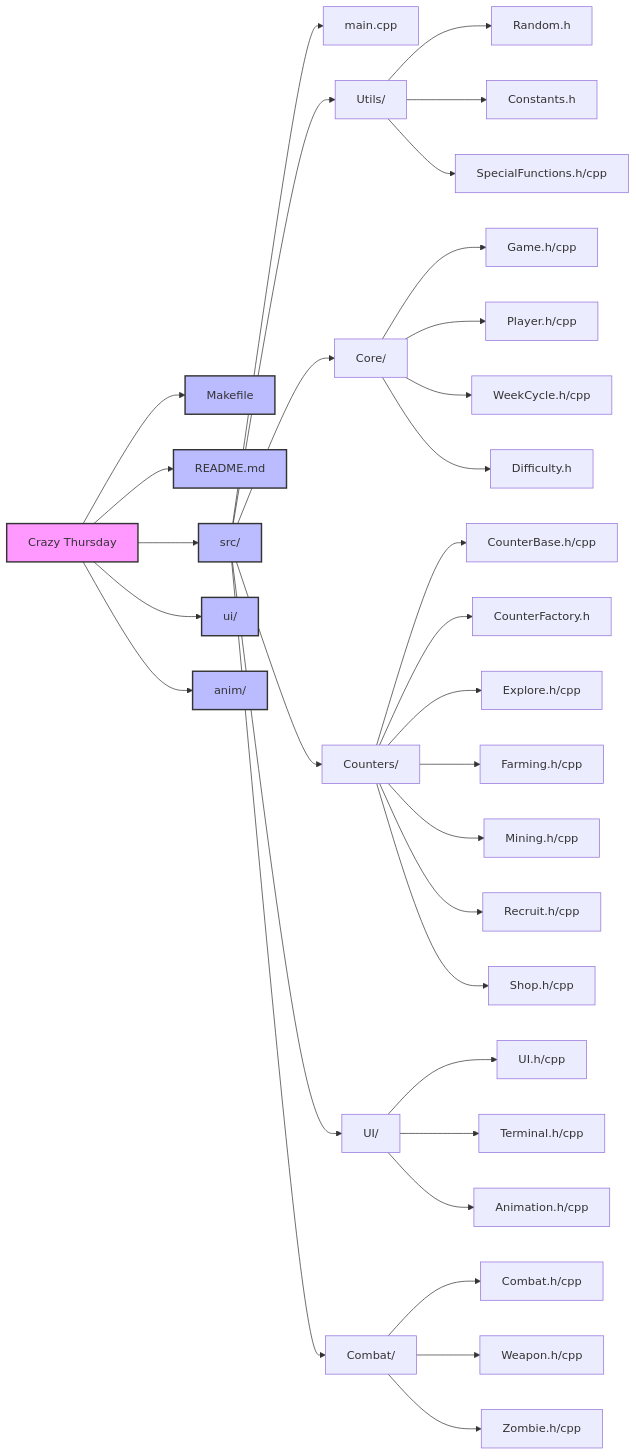
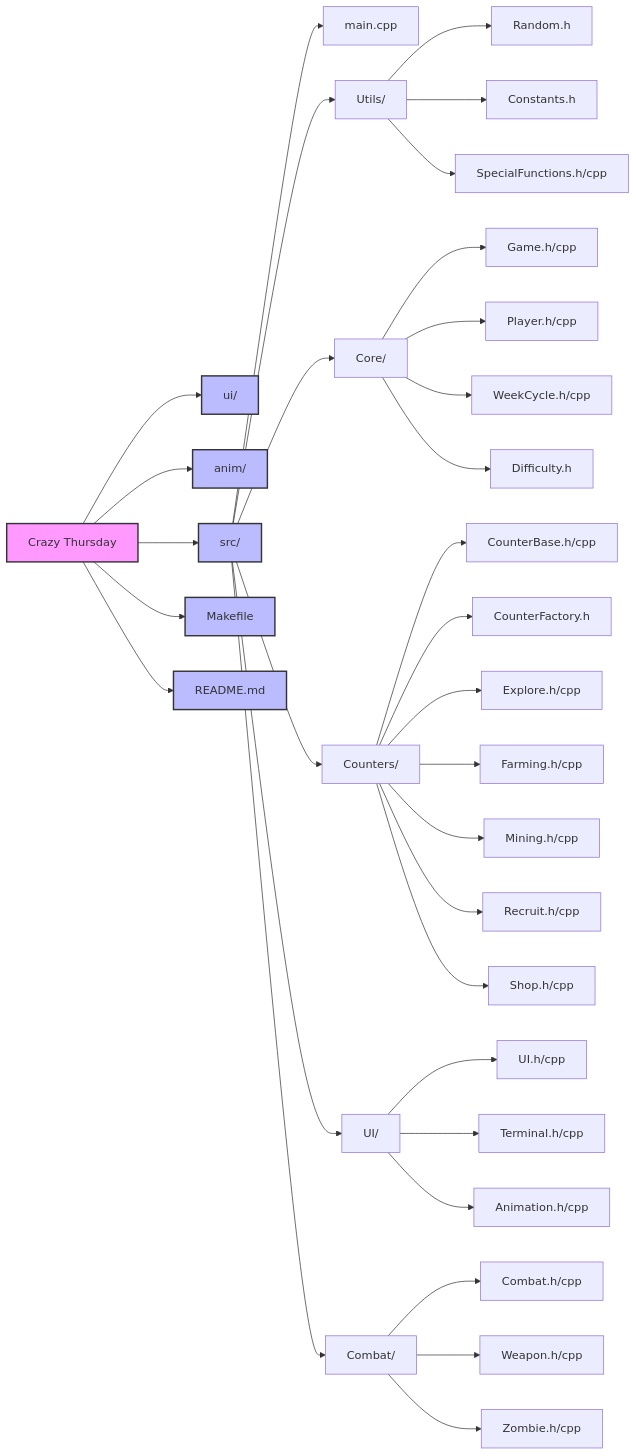
One commit to sh0redry/ENGG1340-COMP2113-GP changed the first of 2 diagrams in README.md. Above: the diagram before and after it, drawn with Mermaid. The commit also changed other lines of this file, not shown here.

Commit message:
Update README.md: Rearrange file structure for improved clarity and add a new section on data flow, detailing interactions between game components to enhance understanding of game mechanics.

````diff
--- a/README.md
+++ b/README.md
@@ -45,48 +45,48 @@
 ```mermaid
 graph LR
-    A[Crazy Thursday] --> B[Makefile]
+    A[Crazy Thursday] --> E[ui/]
+    A --> F[anim/]
+    A --> D[src/]
+    A --> B[Makefile]
     A --> C[README.md]
-    A --> D[src/]
-    A --> E[ui/]
-    A --> F[anim/]
     
     D --> D1[main.cpp]
     D --> D2[Utils/]
     D --> D3[Core/]
     D --> D4[Counters/]
     D --> D5[UI/]
     D --> D6[Combat/]
     
     D2 --> D2a[Random.h]
     D2 --> D2b[Constants.h]
     D2 --> D2c[SpecialFunctions.h/cpp]
     
     D3 --> D3a[Game.h/cpp]
     D3 --> D3b[Player.h/cpp]
     D3 --> D3c[WeekCycle.h/cpp]
     D3 --> D3d[Difficulty.h]
     
     D4 --> D4a[CounterBase.h/cpp]
     D4 --> D4b[CounterFactory.h]
     D4 --> D4c[Explore.h/cpp]
     D4 --> D4d[Farming.h/cpp]
     D4 --> D4e[Mining.h/cpp]
     D4 --> D4f[Recruit.h/cpp]
     D4 --> D4g[Shop.h/cpp]
     
     D5 --> D5a[UI.h/cpp]
     D5 --> D5b[Terminal.h/cpp]
     D5 --> D5c[Animation.h/cpp]
     
     D6 --> D6a[Combat.h/cpp]
     D6 --> D6b[Weapon.h/cpp]
     D6 --> D6c[Zombie.h/cpp]
 
     style A fill:#f9f,stroke:#333,stroke-width:2px
     style C fill:#bbf,stroke:#333,stroke-width:2px
     style D fill:#bbf,stroke:#333,stroke-width:2px
     style E fill:#bbf,stroke:#333,stroke-width:2px
     style F fill:#bbf,stroke:#333,stroke-width:2px
     style B fill:#bbf,stroke:#333,stroke-width:2px
 
 ```
````
